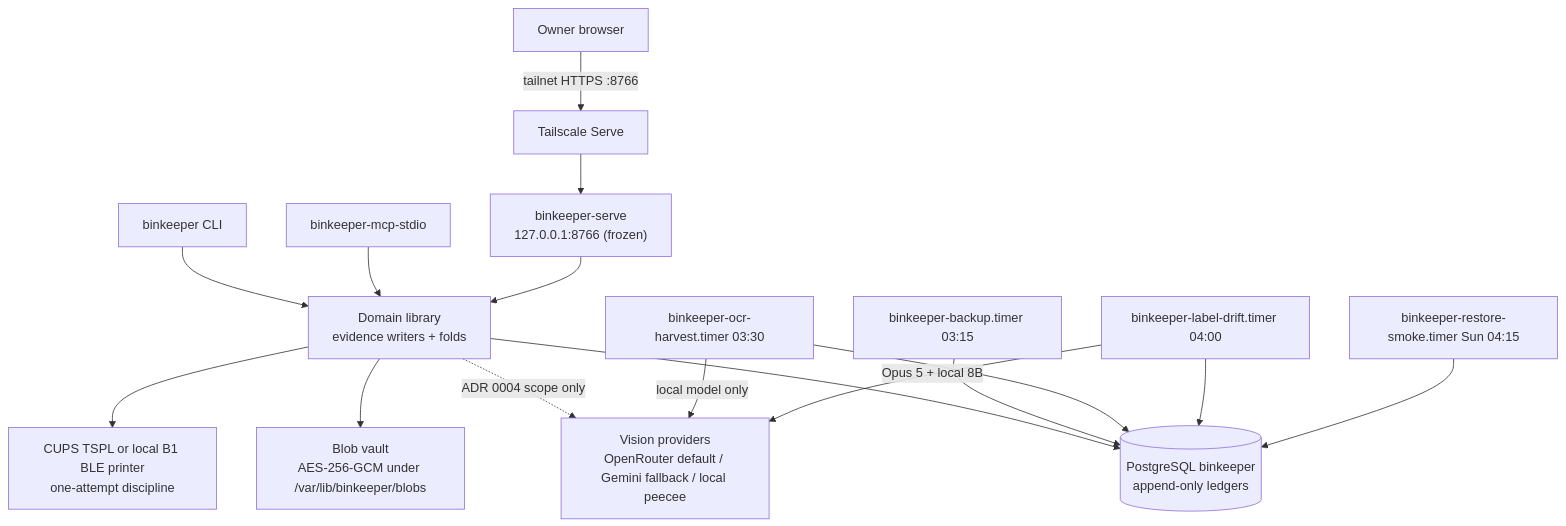
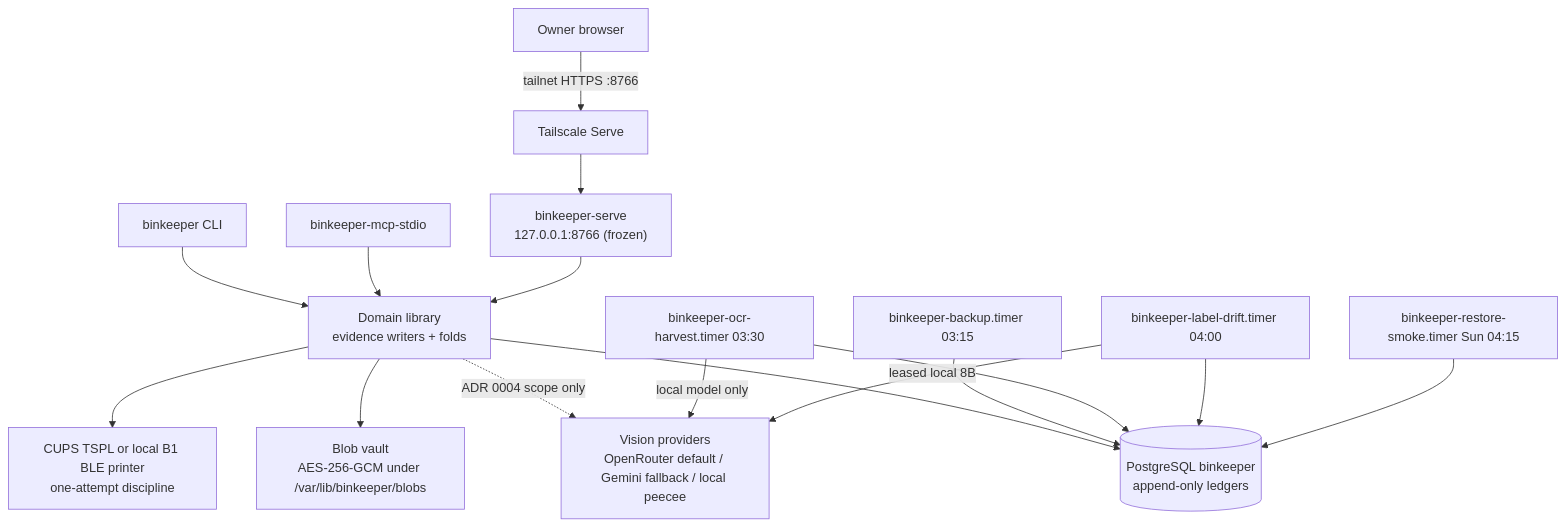
The diagram in docs/architecture.md (halbritt/binkeeper), drawn with Mermaid before and after one commit. The commit also changed other lines of this file and 18 other files, not shown here.

````diff
--- a/docs/architecture.md
+++ b/docs/architecture.md
@@ -52,18 +52,18 @@
 ```mermaid
 flowchart TD
     owner[Owner browser] -->|tailnet HTTPS :8766| ts[Tailscale Serve]
     ts --> serve["binkeeper-serve\n127.0.0.1:8766 (frozen)"]
     cli[binkeeper CLI] --> core
     mcp[binkeeper-mcp-stdio] --> core
     serve --> core[Domain library\nevidence writers + folds]
     core --> pg[(PostgreSQL binkeeper\nappend-only ledgers)]
     core --> vault[Blob vault\nAES-256-GCM under /var/lib/binkeeper/blobs]
     core --> cups[CUPS TSPL or local B1 BLE printer\none-attempt discipline]
     core -.->|ADR 0004 scope only| vision[Vision providers\nOpenRouter default / Gemini fallback / local peecee]
     timer1[binkeeper-backup.timer 03:15] --> pg
     timer2[binkeeper-ocr-harvest.timer 03:30] -->|local model only| vision
     timer2 --> pg
-    timer3[binkeeper-label-drift.timer 04:00] -->|Opus 5 + local 8B| vision
+    timer3[binkeeper-label-drift.timer 04:00] -->|leased local 8B| vision
     timer3 --> pg
     timer4[binkeeper-restore-smoke.timer Sun 04:15] --> pg
 ```
````
